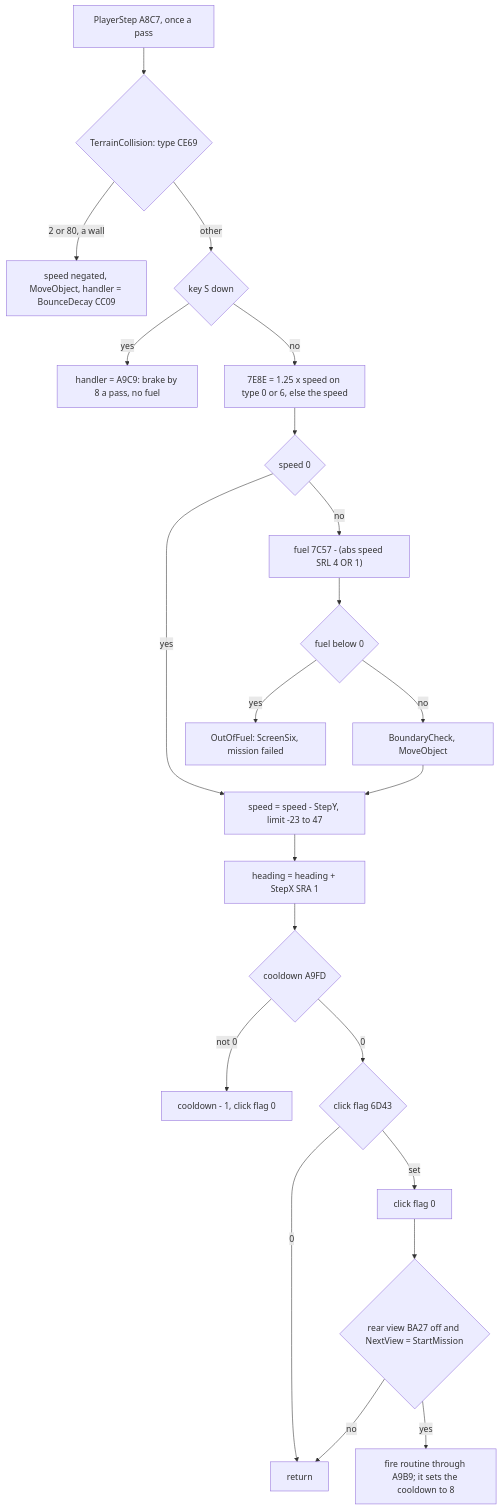
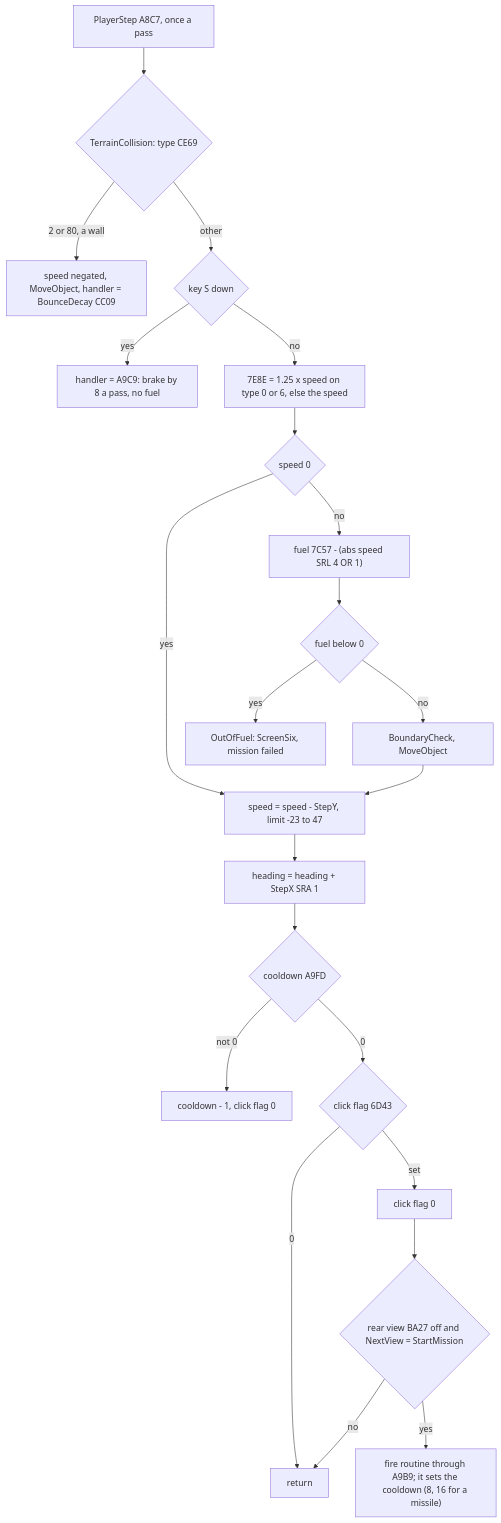
Before and after one commit to alfishe/unrealng-reverse-cases: the tenth of 11 diagrams in games/battle-command/docs/05-controls.md, drawn with Mermaid. The commit also changed other lines of this file and 46 other files, not shown here.

````diff
--- a/games/battle-command/docs/05-controls.md
+++ b/games/battle-command/docs/05-controls.md
@@ -1022,24 +1044,24 @@
 ```mermaid
 flowchart TD
   A["PlayerStep A8C7, once a pass"] --> T{"TerrainCollision: type CE69"}
   T -->|"2 or 80, a wall"| W["speed negated, MoveObject, handler = BounceDecay CC09"]
   T -->|other| B{"key S down"}
   B -->|yes| BR["handler = A9C9: brake by 8 a pass, no fuel"]
   B -->|no| RG["7E8E = 1.25 x speed on type 0 or 6, else the speed"]
   RG --> Z{"speed 0"}
   Z -->|yes| E
   Z -->|no| C["fuel 7C57 - (abs speed SRL 4 OR 1)"]
   C --> D{"fuel below 0"}
   D -->|yes| F["OutOfFuel: ScreenSix, mission failed"]
   D -->|no| M["BoundaryCheck, MoveObject"]
   M --> E["speed = speed - StepY, limit -23 to 47"]
   E --> G["heading = heading + StepX SRA 1"]
   G --> H{"cooldown A9FD"}
   H -->|"not 0"| I["cooldown - 1, click flag 0"]
   H -->|0| J{"click flag 6D43"}
   J -->|0| R["return"]
   J -->|set| J2["click flag 0"]
   J2 --> V{"rear view BA27 off and NextView = StartMission"}
   V -->|no| R
-  V -->|yes| K["fire routine through A9B9; it sets the cooldown to 8"]
+  V -->|yes| K["fire routine through A9B9; it sets the cooldown (8, 16 for a missile)"]
 ```
````
